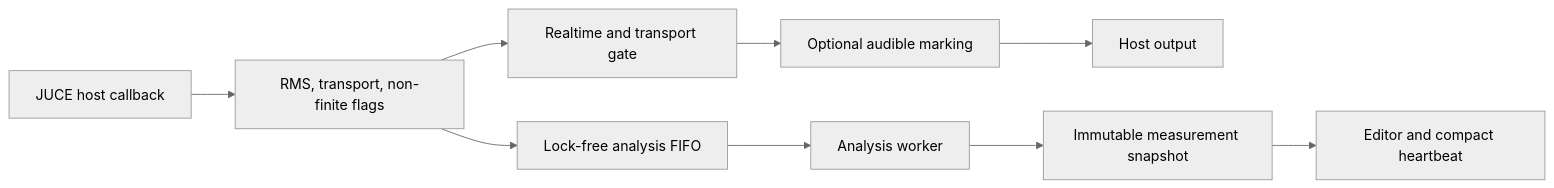
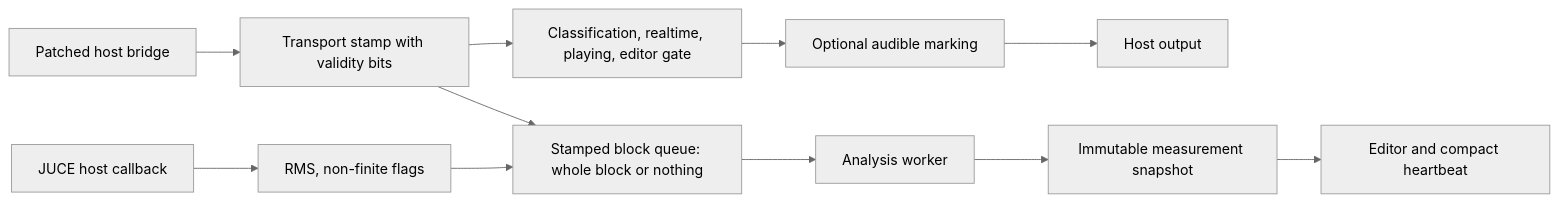
The diagram in openwiki/plugin/audio-runtime.md (evenacadia-tech/Nakama), drawn with Mermaid (neutral theme) before and after one commit. The commit also changed other lines of this file and 30 other files, not shown here.

````diff
--- a/openwiki/plugin/audio-runtime.md
+++ b/openwiki/plugin/audio-runtime.md
@@ -64,11 +67,13 @@
 ```mermaid
 flowchart LR
-    Host[JUCE host callback] --> Observe[RMS, transport, non-finite flags]
-    Observe --> FIFO[Lock-free analysis FIFO]
-    FIFO --> Worker[Analysis worker]
-    Observe --> Gate[Realtime and transport gate]
+    Bridge[Patched host bridge] --> Stamp[Transport stamp with validity bits]
+    Host[JUCE host callback] --> Observe[RMS, non-finite flags]
+    Stamp --> Queue
+    Observe --> Queue[Stamped block queue: whole block or nothing]
+    Queue --> Worker[Analysis worker]
+    Stamp --> Gate[Classification, realtime, playing, editor gate]
     Gate --> Mark[Optional audible marking]
     Mark --> Output[Host output]
     Worker --> Snapshot[Immutable measurement snapshot]
     Snapshot --> Editor[Editor and compact heartbeat]
 ```
````
